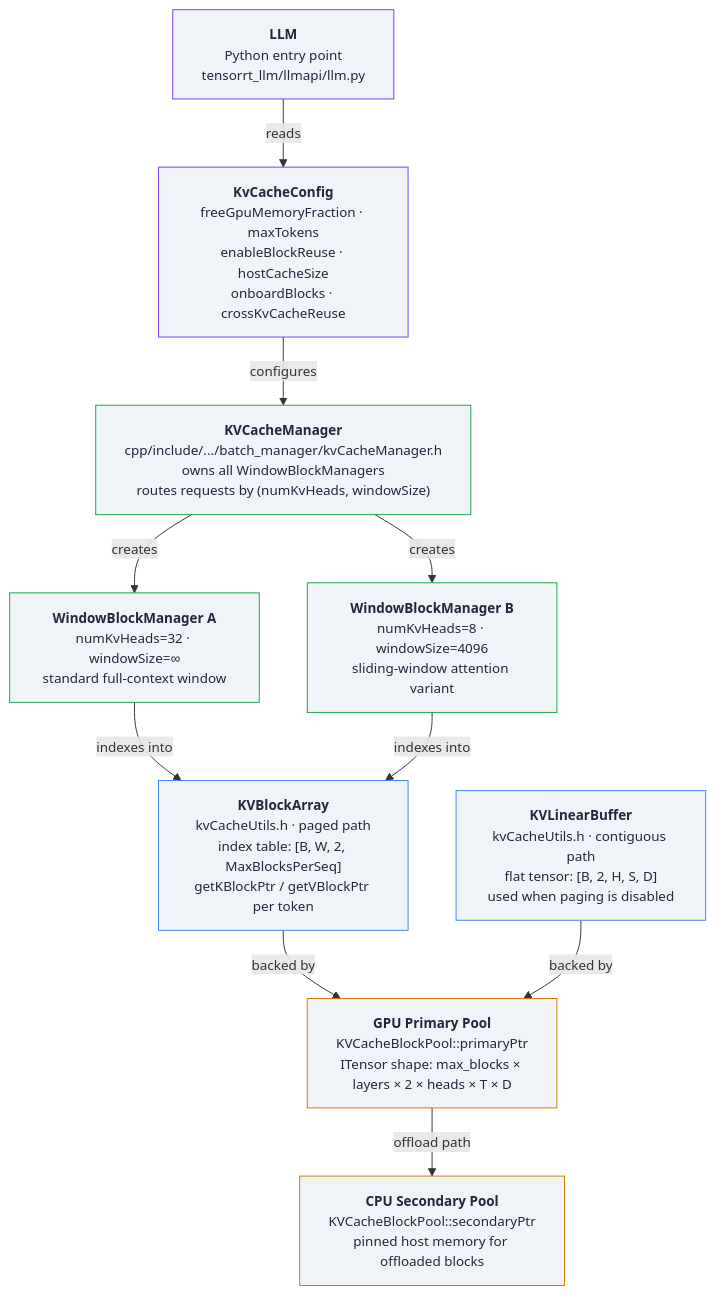
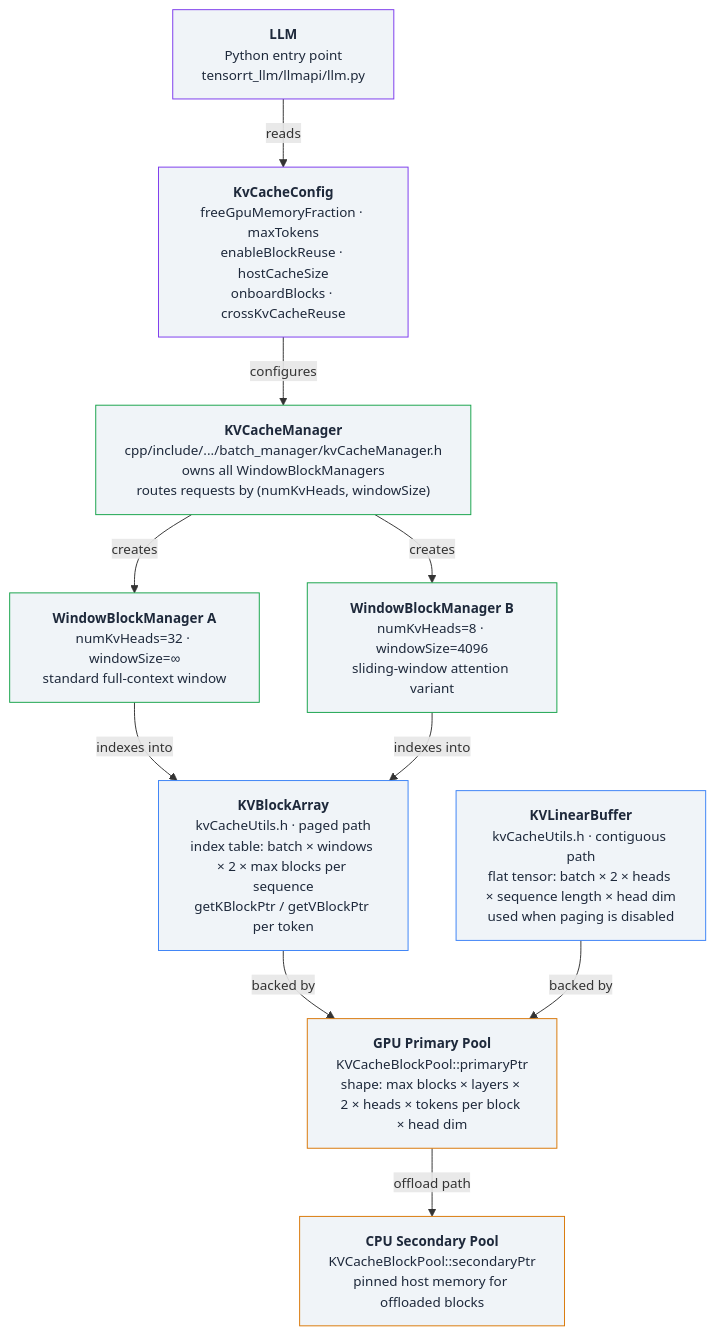
One commit to Pranshu258/Pranshu258.github.io changed the diagram in src/blogs/llmoptimizations/kvc-diagram1-fixed.mmd. Above: the diagram before and after it, drawn with Mermaid. The commit also changed 5 other files, not shown here.

Commit message:
updated diagrams

```diff
--- a/src/blogs/llmoptimizations/kvc-diagram1-fixed.mmd
+++ b/src/blogs/llmoptimizations/kvc-diagram1-fixed.mmd
@@ -1,39 +1,39 @@
 %%{init: {'themeVariables': {'background': '#f0f4f8', 'fontSize': '14px'}}}%%
 flowchart TD
     LLM["<b>LLM</b><br/>Python entry point<br/>tensorrt_llm/llmapi/llm.py"]
 
     CFG["<b>KvCacheConfig</b><br/>freeGpuMemoryFraction · maxTokens<br/>enableBlockReuse · hostCacheSize<br/>onboardBlocks · crossKvCacheReuse"]
 
     KVM["<b>KVCacheManager</b><br/>cpp/include/.../batch_manager/kvCacheManager.h<br/>owns all WindowBlockManagers<br/>routes requests by (numKvHeads, windowSize)"]
 
     WBM1["<b>WindowBlockManager A</b><br/>numKvHeads=32 · windowSize=∞<br/>standard full-context window"]
 
     WBM2["<b>WindowBlockManager B</b><br/>numKvHeads=8 · windowSize=4096<br/>sliding-window attention variant"]
 
-    KVBA["<b>KVBlockArray</b><br/>kvCacheUtils.h · paged path<br/>index table: [B, W, 2, MaxBlocksPerSeq]<br/>getKBlockPtr / getVBlockPtr per token"]
+    KVBA["<b>KVBlockArray</b><br/>kvCacheUtils.h · paged path<br/>index table: batch × windows × 2 × max blocks per sequence<br/>getKBlockPtr / getVBlockPtr per token"]
 
-    KVLB["<b>KVLinearBuffer</b><br/>kvCacheUtils.h · contiguous path<br/>flat tensor: [B, 2, H, S, D]<br/>used when paging is disabled"]
+    KVLB["<b>KVLinearBuffer</b><br/>kvCacheUtils.h · contiguous path<br/>flat tensor: batch × 2 × heads × sequence length × head dim<br/>used when paging is disabled"]
 
-    GPU1["<b>GPU Primary Pool</b><br/>KVCacheBlockPool::primaryPtr<br/>ITensor shape: max_blocks × layers × 2 × heads × T × D"]
+    GPU1["<b>GPU Primary Pool</b><br/>KVCacheBlockPool::primaryPtr<br/>shape: max blocks × layers × 2 × heads × tokens per block × head dim"]
 
     CPU1["<b>CPU Secondary Pool</b><br/>KVCacheBlockPool::secondaryPtr<br/>pinned host memory for offloaded blocks"]
 
     LLM -->|"reads"| CFG
     CFG -->|"configures"| KVM
     KVM -->|"creates"| WBM1
     KVM -->|"creates"| WBM2
     WBM1 -->|"indexes into"| KVBA
     WBM2 -->|"indexes into"| KVBA
     KVBA -->|"backed by"| GPU1
     KVLB -->|"backed by"| GPU1
     GPU1 -->|"offload path"| CPU1
 
     classDef api fill:#f0f4f8,color:#1e293b,stroke:#7c3aed
     classDef mgr fill:#f0f4f8,color:#1e293b,stroke:#16a34a
     classDef store fill:#f0f4f8,color:#1e293b,stroke:#3b82f6
     classDef mem fill:#f0f4f8,color:#1e293b,stroke:#d97706
 
     class LLM,CFG api
     class KVM,WBM1,WBM2 mgr
     class KVBA,KVLB store
     class GPU1,CPU1 mem
```
